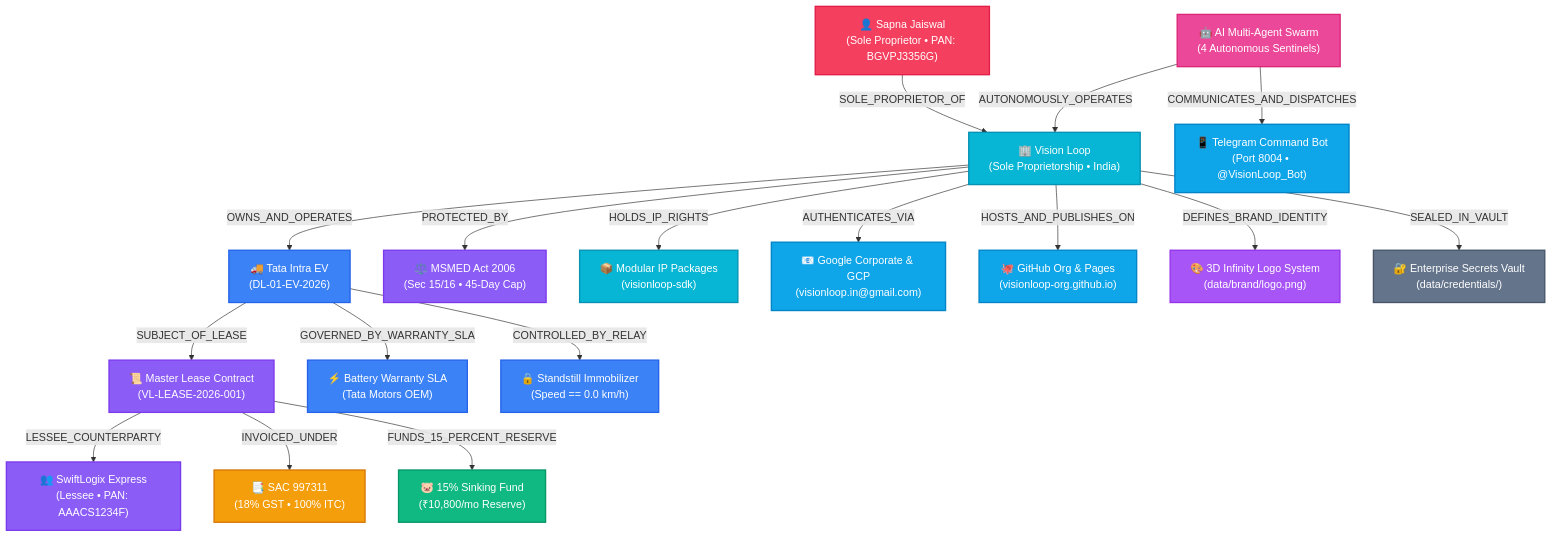
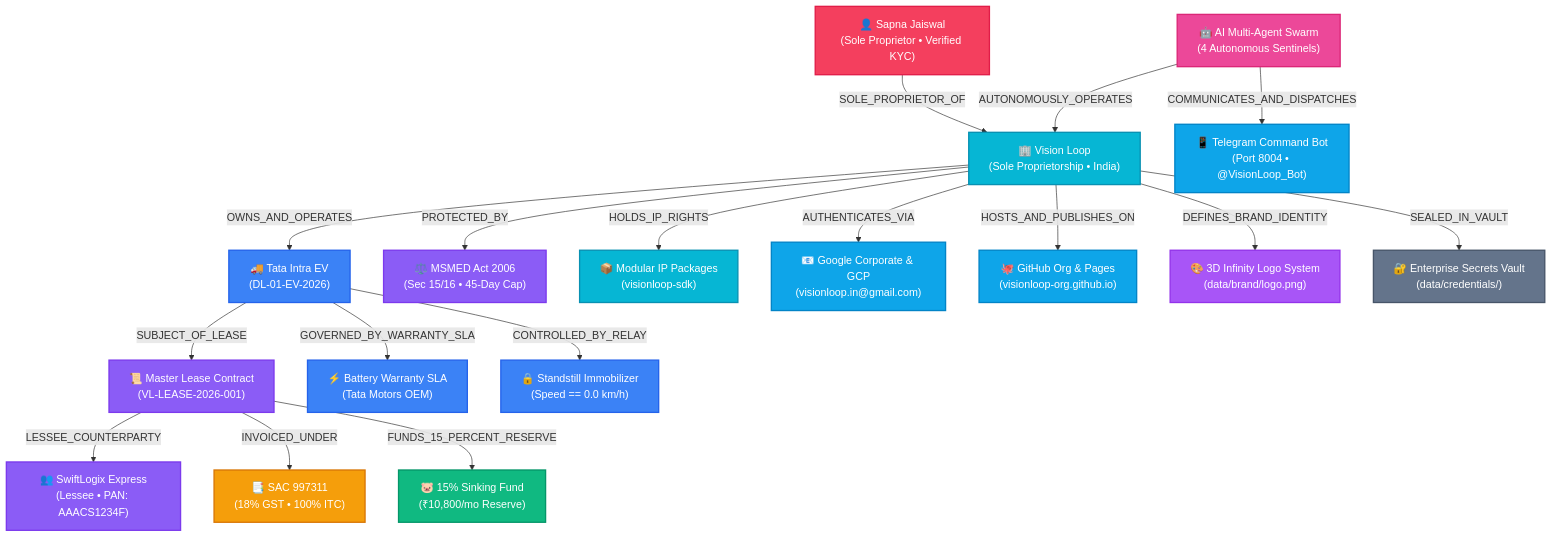
Before and after one commit to visionloop-org/visionloop: the diagram in KNOWLEDGE_GRAPH.md, drawn with Mermaid. The commit also changed other lines of this file and 16 other files, not shown here.

Commit message:
security: sanitize proprietor PAN and Aadhaar numbers from all public-facing surfaces

````diff
--- a/KNOWLEDGE_GRAPH.md
+++ b/KNOWLEDGE_GRAPH.md
@@ -8,48 +8,48 @@
 ```mermaid
 graph TD
     classDef proprietor fill:#f43f5e,stroke:#e11d48,stroke-width:2px,color:#fff;
     classDef enterprise fill:#06b6d4,stroke:#0891b2,stroke-width:2px,color:#fff;
     classDef asset fill:#3b82f6,stroke:#2563eb,stroke-width:2px,color:#fff;
     classDef legal fill:#8b5cf6,stroke:#7c3aed,stroke-width:2px,color:#fff;
     classDef tax fill:#f59e0b,stroke:#d97706,stroke-width:2px,color:#fff;
     classDef treasury fill:#10b981,stroke:#059669,stroke-width:2px,color:#fff;
     classDef ai fill:#ec4899,stroke:#db2777,stroke-width:2px,color:#fff;
     classDef cloud fill:#0ea5e9,stroke:#0284c7,stroke-width:2px,color:#fff;
     classDef brand fill:#a855f7,stroke:#9333ea,stroke-width:2px,color:#fff;
     classDef sec fill:#64748b,stroke:#475569,stroke-width:2px,color:#fff;
 
-    OWNER["👤 Sapna Jaiswal<br/>(Sole Proprietor • PAN: BGVPJ3356G)"]:::proprietor
+    OWNER["👤 Sapna Jaiswal<br/>(Sole Proprietor • Verified KYC)"]:::proprietor
     VL["🏢 Vision Loop<br/>(Sole Proprietorship • India)"]:::enterprise
     EV["🚚 Tata Intra EV<br/>(DL-01-EV-2026)"]:::asset
     SWIFT["👥 SwiftLogix Express<br/>(Lessee • PAN: AAACS1234F)"]:::legal
     LEASE["📜 Master Lease Contract<br/>(VL-LEASE-2026-001)"]:::legal
     SAC["📑 SAC 997311<br/>(18% GST • 100% ITC)"]:::tax
     SINK["🐷 15% Sinking Fund<br/>(₹10,800/mo Reserve)"]:::treasury
     MSME["⚖️ MSMED Act 2006<br/>(Sec 15/16 • 45-Day Cap)"]:::legal
     SLA["⚡ Battery Warranty SLA<br/>(Tata Motors OEM)"]:::asset
     IMMOB["🔒 Standstill Immobilizer<br/>(Speed == 0.0 km/h)"]:::asset
     SWARM["🤖 AI Multi-Agent Swarm<br/>(4 Autonomous Sentinels)"]:::ai
     TG["📱 Telegram Command Bot<br/>(Port 8004 • @VisionLoop_Bot)"]:::cloud
     IP["📦 Modular IP Packages<br/>(visionloop-sdk)"]:::enterprise
     GOOGLE["📧 Google Corporate & GCP<br/>(visionloop.in@gmail.com)"]:::cloud
     GITHUB["🐙 GitHub Org & Pages<br/>(visionloop-org.github.io)"]:::cloud
     BRAND["🎨 3D Infinity Logo System<br/>(data/brand/logo.png)"]:::brand
     VAULT["🔐 Enterprise Secrets Vault<br/>(data/credentials/)"]:::sec
 
     OWNER -->|SOLE_PROPRIETOR_OF| VL
     VL -->|OWNS_AND_OPERATES| EV
     VL -->|PROTECTED_BY| MSME
     VL -->|HOLDS_IP_RIGHTS| IP
     VL -->|AUTHENTICATES_VIA| GOOGLE
     VL -->|HOSTS_AND_PUBLISHES_ON| GITHUB
     VL -->|DEFINES_BRAND_IDENTITY| BRAND
     VL -->|SEALED_IN_VAULT| VAULT
     EV -->|SUBJECT_OF_LEASE| LEASE
     LEASE -->|LESSEE_COUNTERPARTY| SWIFT
     LEASE -->|INVOICED_UNDER| SAC
     LEASE -->|FUNDS_15_PERCENT_RESERVE| SINK
     EV -->|GOVERNED_BY_WARRANTY_SLA| SLA
     EV -->|CONTROLLED_BY_RELAY| IMMOB
     SWARM -->|AUTONOMOUSLY_OPERATES| VL
     SWARM -->|COMMUNICATES_AND_DISPATCHES| TG
 ```
````
